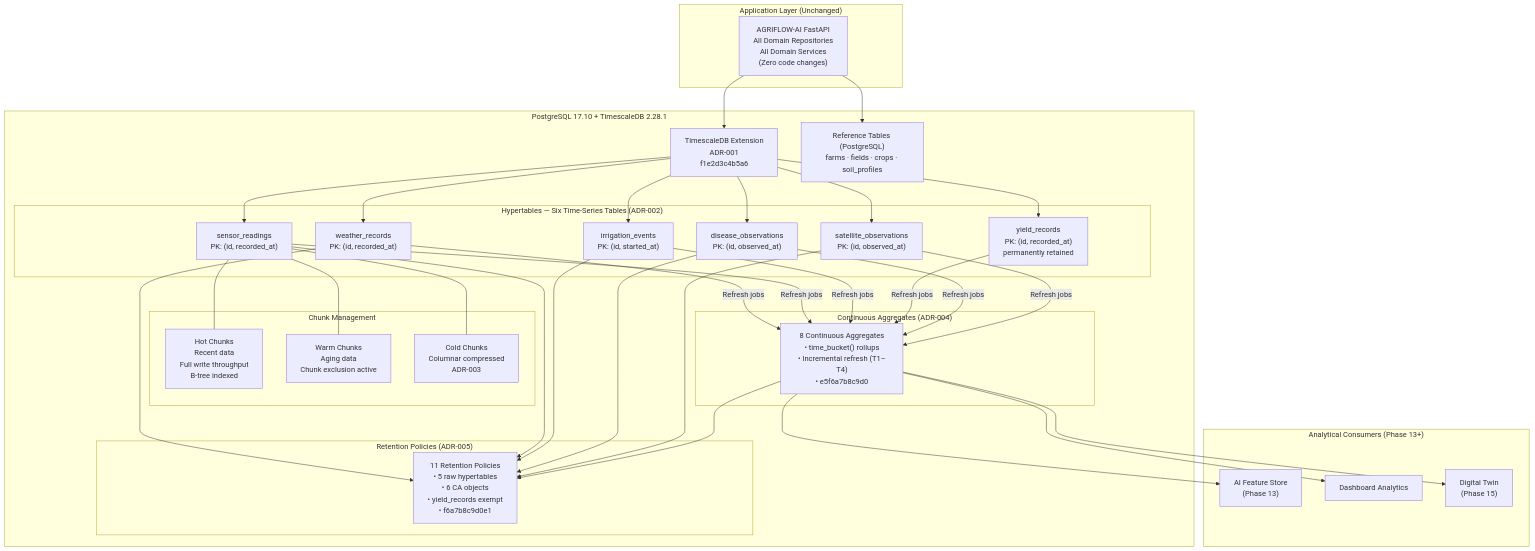
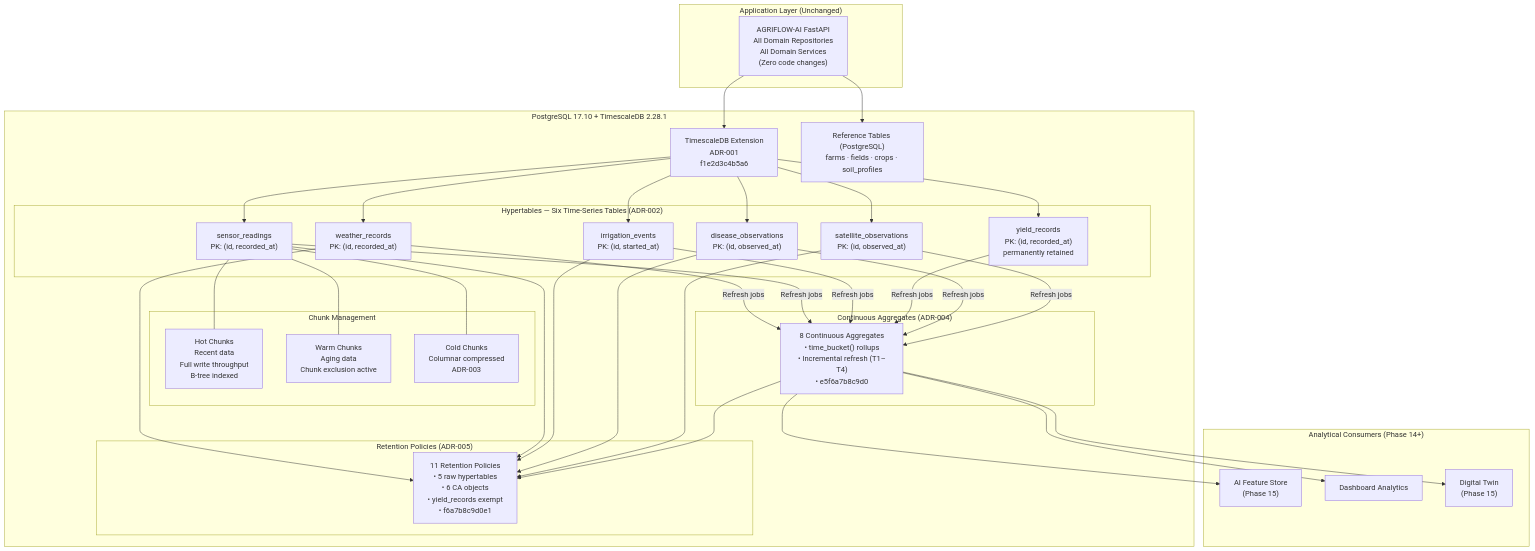
One commit to santoshnarayanan/AGRIFLOW-AI changed diagram 13 of 19 in docs/reference/09-architecture-diagrams.md. Above: the diagram before and after it, drawn with Mermaid. The commit also changed other lines of this file and 9 other files, not shown here.

````diff
--- a/docs/reference/09-architecture-diagrams.md
+++ b/docs/reference/09-architecture-diagrams.md
@@ -957,49 +1020,49 @@
 ```mermaid
 graph TB
     subgraph "Application Layer (Unchanged)"
         APP["AGRIFLOW-AI FastAPI\nAll Domain Repositories\nAll Domain Services\n(Zero code changes)"]
     end
 
     subgraph "PostgreSQL 17.10 + TimescaleDB 2.28.1"
         EXT["TimescaleDB Extension\nADR-001\nf1e2d3c4b5a6"]
 
         subgraph "Hypertables — Six Time-Series Tables (ADR-002)"
             HT_WX["weather_records\nPK: (id, recorded_at)"]
             HT_SR["sensor_readings\nPK: (id, recorded_at)"]
             HT_IR["irrigation_events\nPK: (id, started_at)"]
             HT_YR["yield_records\nPK: (id, recorded_at)\npermanently retained"]
             HT_DO["disease_observations\nPK: (id, observed_at)"]
             HT_SO["satellite_observations\nPK: (id, observed_at)"]
         end
 
         subgraph "Chunk Management"
             HOT["Hot Chunks\nRecent data\nFull write throughput\nB-tree indexed"]
             WARM["Warm Chunks\nAging data\nChunk exclusion active"]
             COLD["Cold Chunks\nColumnar compressed\nADR-003"]
         end
 
         subgraph "Continuous Aggregates (ADR-004)"
             CA["8 Continuous Aggregates\n• time_bucket() rollups\n• Incremental refresh (T1–T4)\n• e5f6a7b8c9d0"]
         end
 
         subgraph "Retention Policies (ADR-005)"
             RET["11 Retention Policies\n• 5 raw hypertables\n• 6 CA objects\n• yield_records exempt\n• f6a7b8c9d0e1"]
         end
 
         REF["Reference Tables (PostgreSQL)\nfarms · fields · crops · soil_profiles"]
     end
 
-    subgraph "Analytical Consumers (Phase 13+)"
-        FE["AI Feature Store\n(Phase 13)"]
+    subgraph "Analytical Consumers (Phase 14+)"
+        FE["AI Feature Store\n(Phase 15)"]
         DASH["Dashboard Analytics"]
         DT["Digital Twin\n(Phase 15)"]
     end
 
     APP --> EXT
     EXT --> HT_WX & HT_SR & HT_IR & HT_YR & HT_DO & HT_SO
     HT_SR --- HOT & WARM & COLD
     HT_WX & HT_SR & HT_IR & HT_YR & HT_DO & HT_SO -->|"Refresh jobs"| CA
     HT_WX & HT_SR & HT_IR & HT_DO & HT_SO & CA --> RET
     APP --> REF
     CA --> FE & DASH & DT
 ```
````
